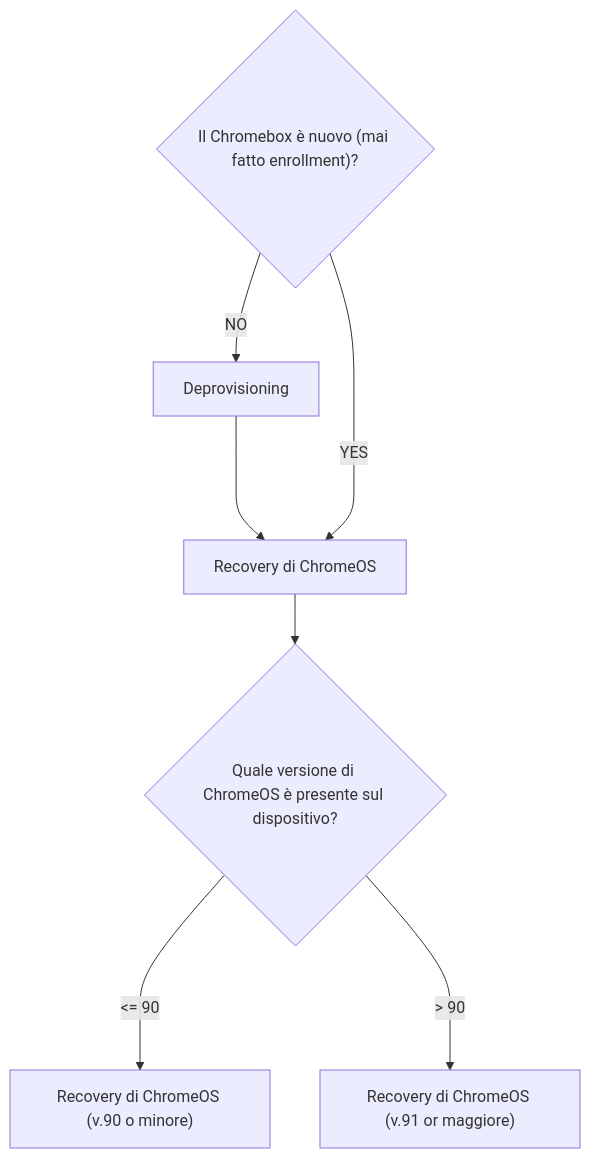
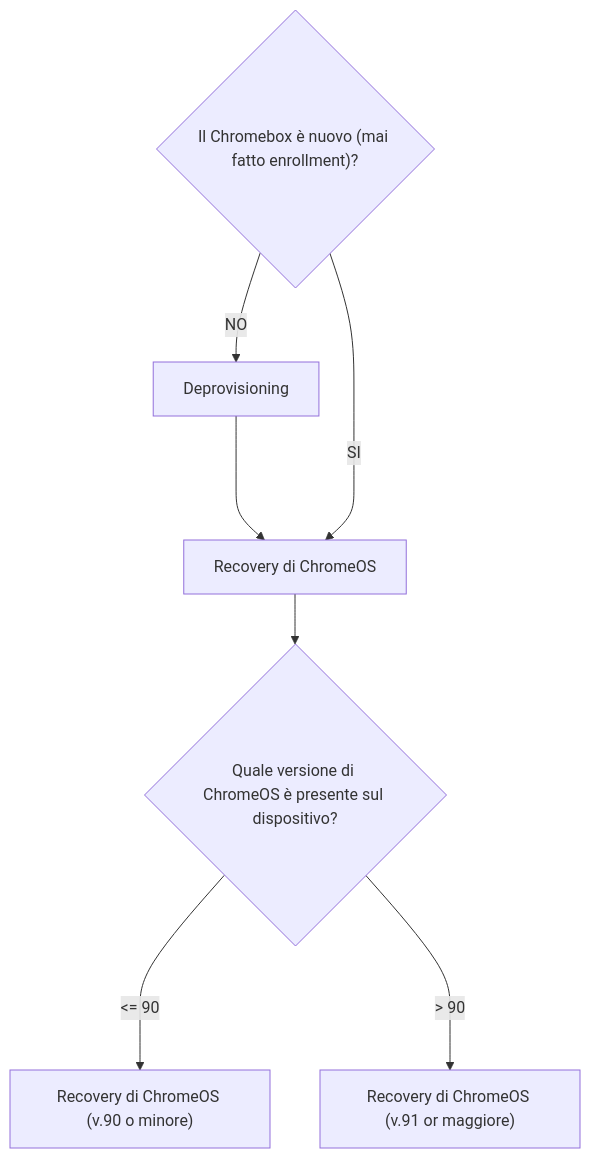
One commit to ale-polimi/ChromeOS-for-meetings-recovery-docs changed the diagram in docs/it/index.md. Above: the diagram before and after it, drawn with Mermaid. The commit also changed 5 other files, not shown here.

````diff
--- a/docs/it/index.md
+++ b/docs/it/index.md
@@ -19,9 +19,9 @@
 ```mermaid
 flowchart TD
 	A{"`Il Chromebox è nuovo (mai fatto enrollment)?`"}-- NO -->B[Deprovisioning]
 	B ---> C[Recovery di ChromeOS]
-	A-- YES ----> C
+	A-- SI ----> C
 	C --> D{"`Quale versione di ChromeOS è presente sul dispositivo?`"}
 	D-- "<= 90" --->E["Recovery di ChromeOS (v.90 o minore)"]
 	D-- "> 90" --->F["Recovery di ChromeOS (v.91 or maggiore)"]
 ```
````
